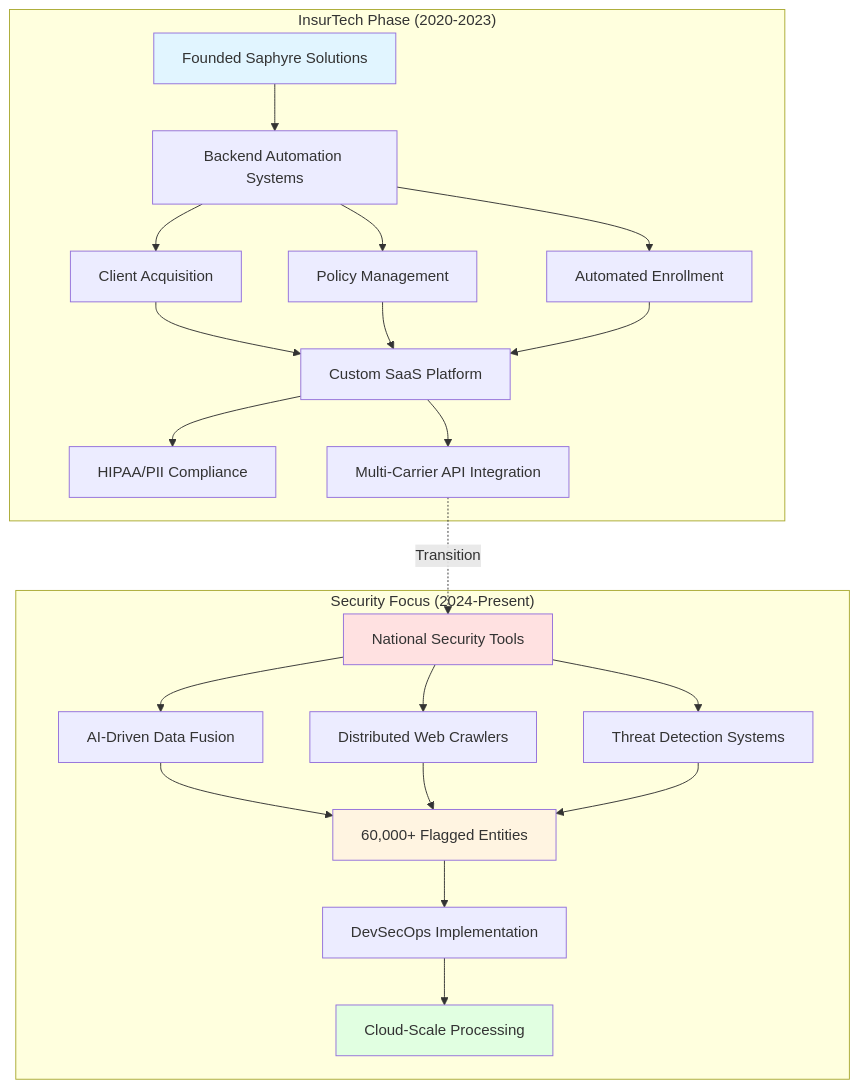
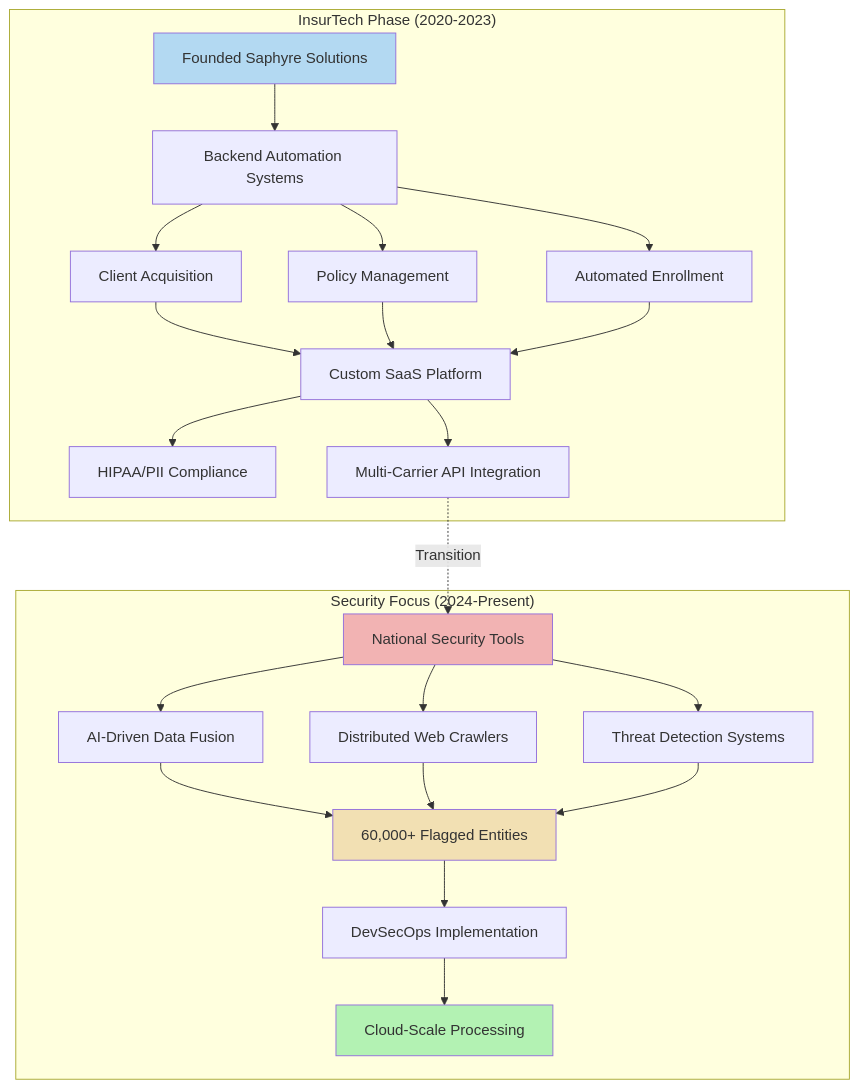
Before and after one commit to Tim-Spurlin/RESUME-of-Timothy-Spurlin: the second of 24 diagrams in README.md, drawn with Mermaid. The commit also changed other lines of this file, not shown here.

Commit message:
Replace bright Mermaid diagram colors with muted professional tones

````diff
--- a/README.md
+++ b/README.md
@@ -71,32 +71,32 @@
 ```mermaid
 graph TB
     subgraph "InsurTech Phase (2020-2023)"
         A[Founded Saphyre Solutions] --> B[Backend Automation Systems]
         B --> C[Client Acquisition]
         B --> D[Policy Management]
         B --> E[Automated Enrollment]
         C --> F[Custom SaaS Platform]
         D --> F
         E --> F
         F --> G[HIPAA/PII Compliance]
         F --> H[Multi-Carrier API Integration]
     end
     
     subgraph "Security Focus (2024-Present)"
         I[National Security Tools] --> J[AI-Driven Data Fusion]
         I --> K[Distributed Web Crawlers]
         I --> L[Threat Detection Systems]
         J --> M[60,000+ Flagged Entities]
         K --> M
         L --> M
         M --> N[DevSecOps Implementation]
         N --> O[Cloud-Scale Processing]
     end
     
     H -.Transition.-> I
     
-    style A fill:#e1f5ff
-    style I fill:#ffe1e1
-    style M fill:#fff4e1
-    style O fill:#e1ffe1
+    style A fill:#b3d9f2
+    style I fill:#f2b3b3
+    style M fill:#f2e0b3
+    style O fill:#b3f2b3
 ```
````
